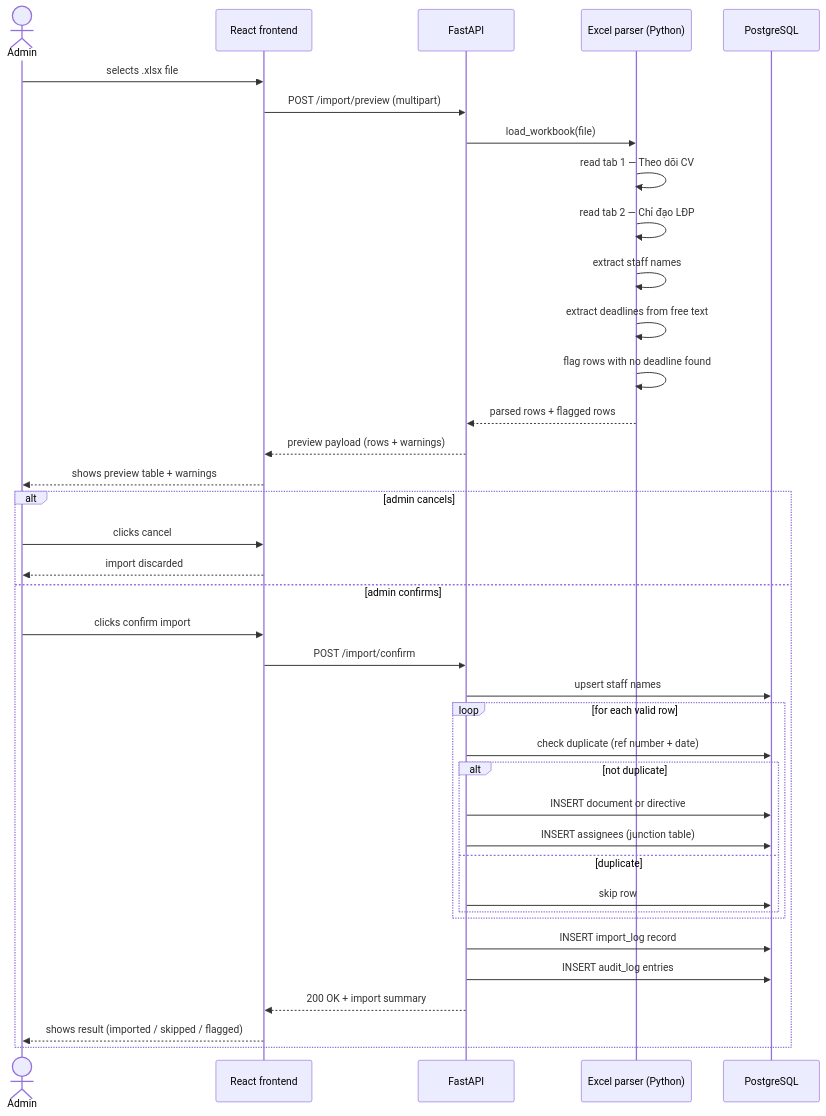
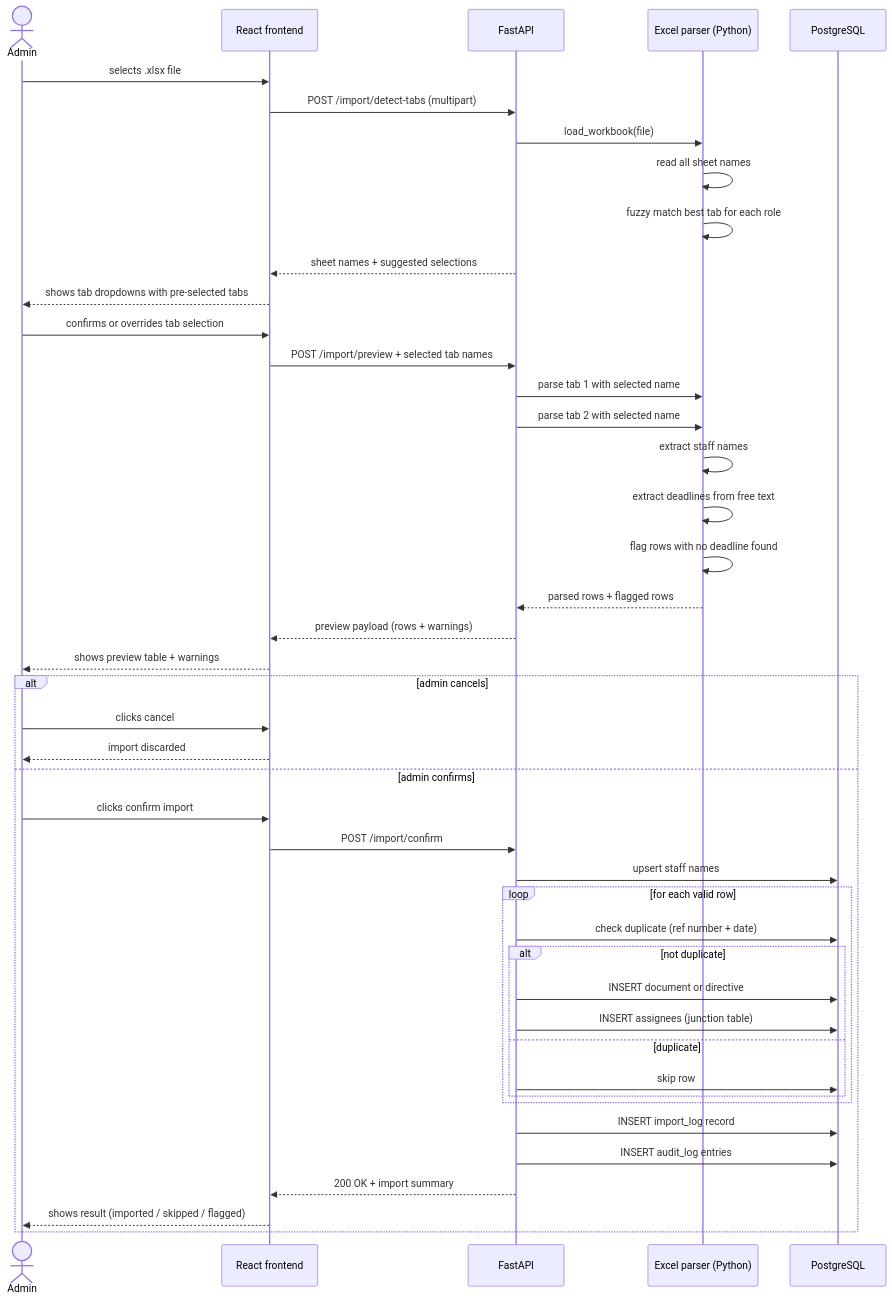
Before and after one commit to HieuPhan14/Deadline_Management_App: the second of 3 diagrams in docs/sequence_diagrams.md, drawn with Mermaid. The commit also changed 6 other files, not shown here.

````diff
--- a/docs/sequence_diagrams.md
+++ b/docs/sequence_diagrams.md
@@ -40,42 +40,48 @@
 ```mermaid
 sequenceDiagram
   actor Admin
   participant React as React frontend
   participant API as FastAPI
   participant Parser as Excel parser (Python)
   participant DB as PostgreSQL
  
   Admin->>React: selects .xlsx file
-  React->>API: POST /import/preview (multipart)
+  React->>API: POST /import/detect-tabs (multipart)
   API->>Parser: load_workbook(file)
-  Parser->>Parser: read tab 1 — Theo dõi CV
-  Parser->>Parser: read tab 2 — Chỉ đạo LĐP
+  Parser->>Parser: read all sheet names
+  Parser->>Parser: fuzzy match best tab for each role
+  API-->>React: sheet names + suggested selections
+  React-->>Admin: shows tab dropdowns with pre-selected tabs
+  Admin->>React: confirms or overrides tab selection
+  React->>API: POST /import/preview + selected tab names
+  API->>Parser: parse tab 1 with selected name
+  API->>Parser: parse tab 2 with selected name
   Parser->>Parser: extract staff names
   Parser->>Parser: extract deadlines from free text
   Parser->>Parser: flag rows with no deadline found
   Parser-->>API: parsed rows + flagged rows
   API-->>React: preview payload (rows + warnings)
   React-->>Admin: shows preview table + warnings
  
   alt admin cancels
     Admin->>React: clicks cancel
     React-->>Admin: import discarded
   else admin confirms
     Admin->>React: clicks confirm import
     React->>API: POST /import/confirm
     API->>DB: upsert staff names
     loop for each valid row
       API->>DB: check duplicate (ref number + date)
       alt not duplicate
         API->>DB: INSERT document or directive
         API->>DB: INSERT assignees (junction table)
       else duplicate
         API->>DB: skip row
       end
     end
     API->>DB: INSERT import_log record
     API->>DB: INSERT audit_log entries
     API-->>React: 200 OK + import summary
     React-->>Admin: shows result (imported / skipped / flagged)
   end
 ```
````
